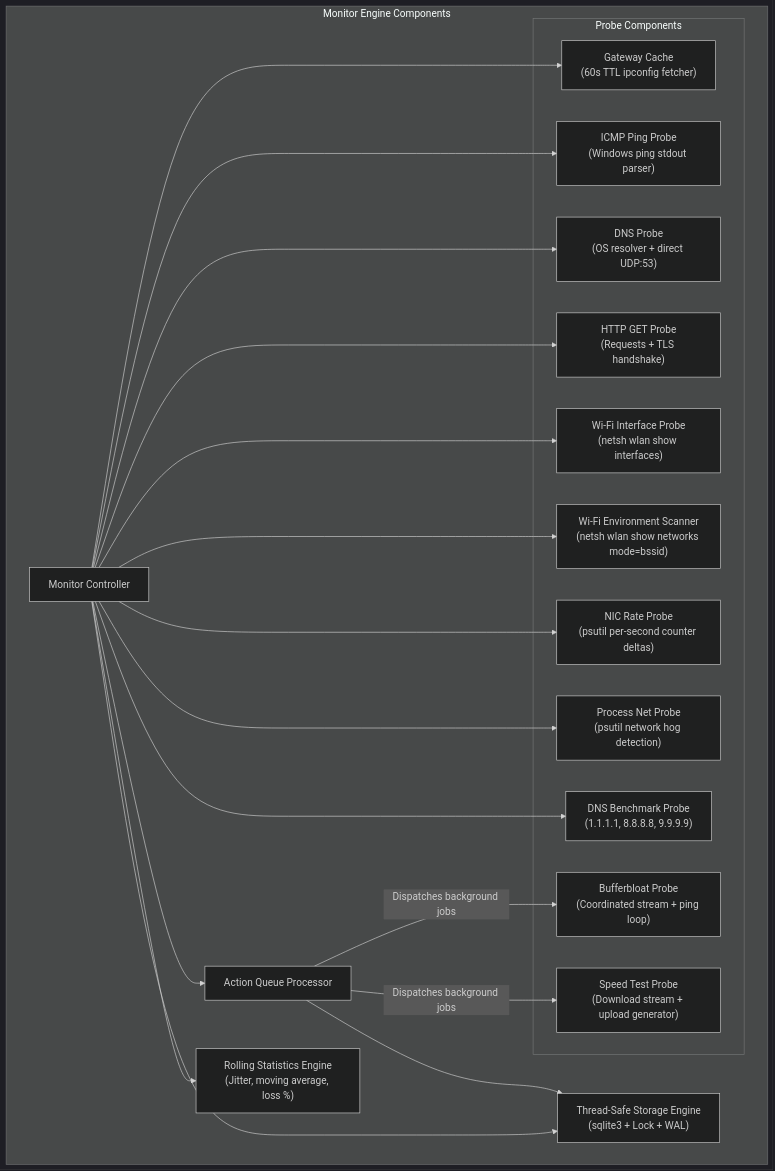
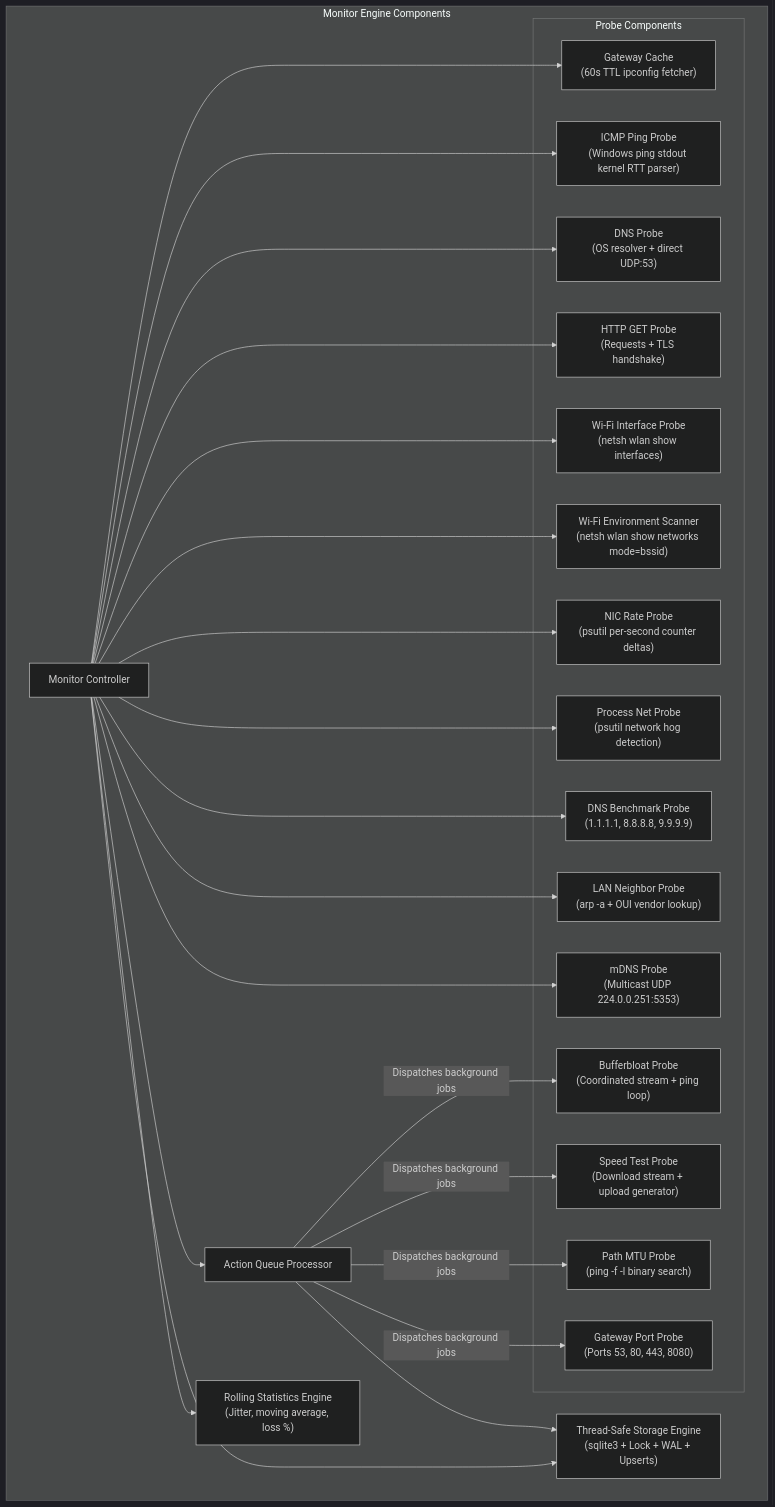
One commit to markbac/NetworkMonitor changed the third of 3 diagrams in README.md. Above: the diagram before and after it, drawn with Mermaid (dark theme). The commit also changed other lines of this file and 4 other files, not shown here.

Commit message:
Add mDNS discovery, LAN ARP neighbor scanning, Path MTU diagnostics, and tabbed Web UI

````diff
--- a/README.md
+++ b/README.md
@@ -154,41 +158,49 @@
 ```mermaid
 flowchart TD
     subgraph MonitorEngine["Monitor Engine Components"]
         Controller["Monitor Controller"]
         ActionQueue["Action Queue Processor"]
         
         subgraph Probes["Probe Components"]
-            PingProbe["ICMP Ping Probe\n(Windows ping stdout parser)"]
+            PingProbe["ICMP Ping Probe\n(Windows ping stdout kernel RTT parser)"]
             GwCache["Gateway Cache\n(60s TTL ipconfig fetcher)"]
             DnsProbe["DNS Probe\n(OS resolver + direct UDP:53)"]
             HttpProbe["HTTP GET Probe\n(Requests + TLS handshake)"]
             WifiProbe["Wi-Fi Interface Probe\n(netsh wlan show interfaces)"]
             WifiScanner["Wi-Fi Environment Scanner\n(netsh wlan show networks mode=bssid)"]
             NicProbe["NIC Rate Probe\n(psutil per-second counter deltas)"]
             ProcProbe["Process Net Probe\n(psutil network hog detection)"]
             DnsBenchProbe["DNS Benchmark Probe\n(1.1.1.1, 8.8.8.8, 9.9.9.9)"]
+            LanProbe["LAN Neighbor Probe\n(arp -a + OUI vendor lookup)"]
+            MdnsProbe["mDNS Probe\n(Multicast UDP 224.0.0.251:5353)"]
+            PathMtuProbe["Path MTU Probe\n(ping -f -l binary search)"]
+            GwPortProbe["Gateway Port Probe\n(Ports 53, 80, 443, 8080)"]
             BloatProbe["Bufferbloat Probe\n(Coordinated stream + ping loop)"]
             SpeedProbe["Speed Test Probe\n(Download stream + upload generator)"]
         end
 
         StatsEngine["Rolling Statistics Engine\n(Jitter, moving average, loss %)"]
-        StorageEngine["Thread-Safe Storage Engine\n(sqlite3 + Lock + WAL)"]
+        StorageEngine["Thread-Safe Storage Engine\n(sqlite3 + Lock + WAL + Upserts)"]
     end
 
     Controller --> GwCache
     Controller --> PingProbe
     Controller --> DnsProbe
     Controller --> HttpProbe
     Controller --> WifiProbe
     Controller --> WifiScanner
     Controller --> NicProbe
     Controller --> ProcProbe
     Controller --> DnsBenchProbe
+    Controller --> LanProbe
+    Controller --> MdnsProbe
     Controller --> ActionQueue
 
     ActionQueue -->|"Dispatches background jobs"| BloatProbe
     ActionQueue -->|"Dispatches background jobs"| SpeedProbe
+    ActionQueue -->|"Dispatches background jobs"| PathMtuProbe
+    ActionQueue -->|"Dispatches background jobs"| GwPortProbe
     Controller --> StatsEngine
     Controller --> StorageEngine
     ActionQueue --> StorageEngine
 ```
````
